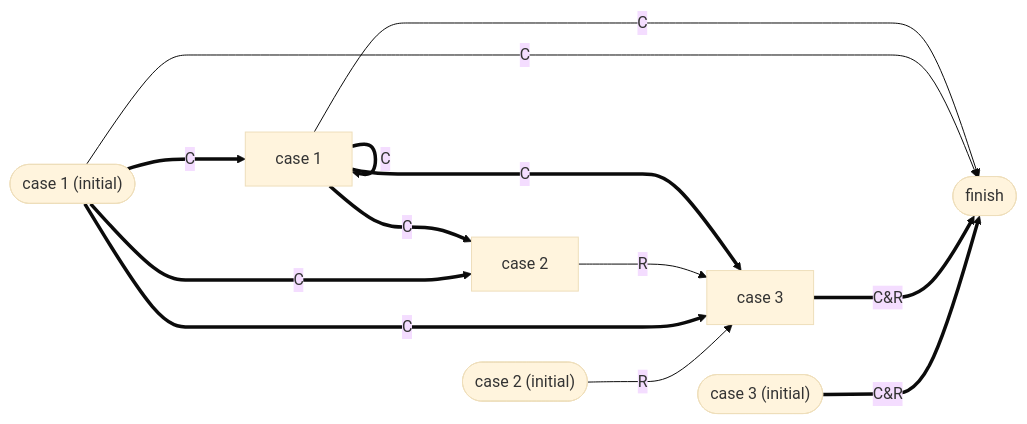
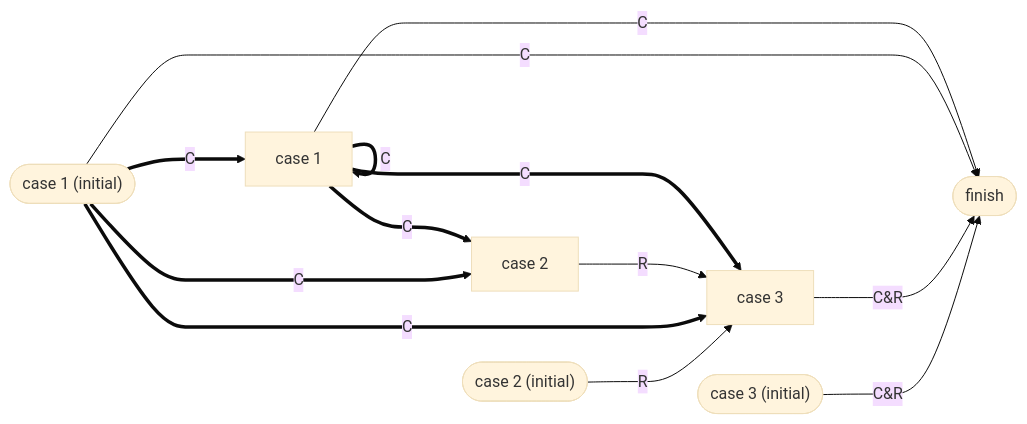
Before and after one commit to IsshikiHugh/notebook: the second of 4 diagrams in docs/cour_note/D2CX_AdvancedDataStructure/Lec02.md, drawn with Mermaid (base theme). The commit also changed other lines of this file and 5 other files, not shown here.

````diff
--- a/docs/cour_note/D2CX_AdvancedDataStructure/Lec02.md
+++ b/docs/cour_note/D2CX_AdvancedDataStructure/Lec02.md
@@ -177,20 +186,20 @@
         ```mermaid
         graph LR;
         A(["case 1 (initial)"])
         AA["case 1"]
         B(["case 2 (initial)"])
         BB["case 2"]
         C(["case 3 (initial)"])
         CC["case 3"]
         D(["finish"])
 
         A ===>|"C"| AA ===>|"C"| BB
         AA ===>|"C"| AA --->|"C"| D
         AA ===>|"C"| CC
 
         A --->|"C"| D
         A ===>|"C"| BB --->|"R"| CC
-        A ===>|"C"| CC ===>|"C&R"| D
+        A ===>|"C"| CC --->|"C&R"| D
         B --->|"R"| CC
-        C ===>|"C&R"| D
+        C --->|"C&R"| D
         ```
````
